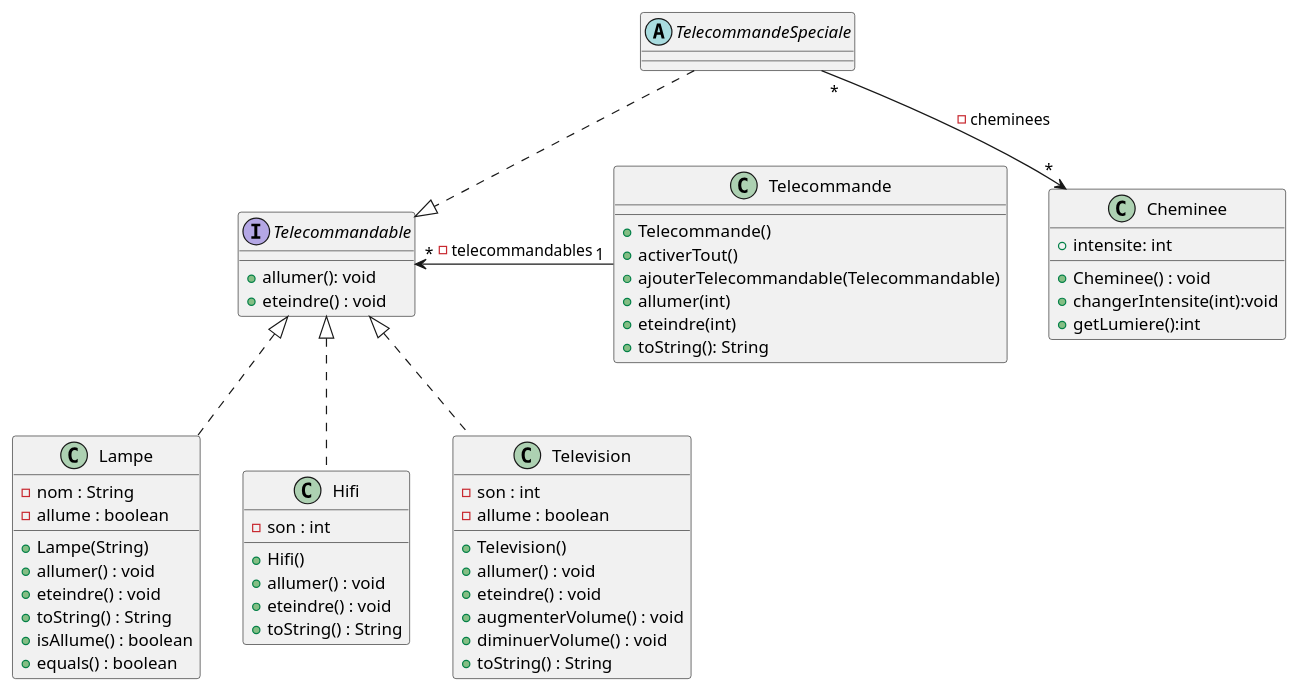
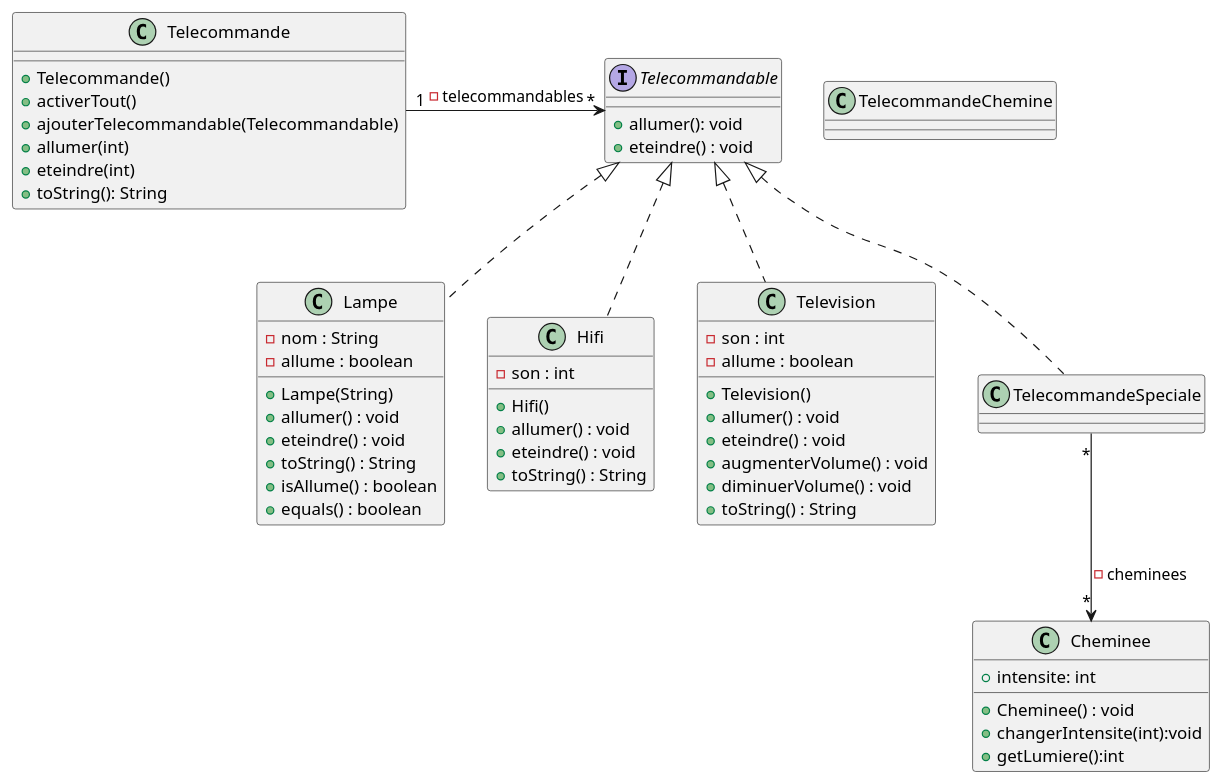
The diagram in domotique/TD8.puml (alannMonnier/2023_domotique_monnierb2u_segard6u), drawn with PlantUML before and after one commit. The commit also changed 2 other files, not shown here.

```diff
--- a/domotique/TD8.puml
+++ b/domotique/TD8.puml
@@ -1,67 +1,67 @@
 @startuml
 'https://plantuml.com/sequence-diagram
 
 class Lampe{
 -nom : String
 -allume : boolean
 +Lampe(String)
 +allumer() : void
 +eteindre() : void
 +toString() : String
 +isAllume() : boolean
 +equals() : boolean
 }
 
 class Telecommande{
 + Telecommande()
 + activerTout()
 + ajouterTelecommandable(Telecommandable)
 + allumer(int)
 + eteindre(int)
 + toString(): String
 }
 
 class Hifi{
 -son : int
 +Hifi()
 +allumer() : void
 +eteindre() : void
 +toString() : String
 }
 
 class Television{
 -son : int
 -allume : boolean
 +Television()
 +allumer() : void
 +eteindre() : void
 +augmenterVolume() : void
 +diminuerVolume() : void
 +toString() : String
 }
 
 Interface Telecommandable{
  + allumer(): void
  + eteindre() : void
 }
 
 
 class Cheminee{
     + intensite: int
     +Cheminee() : void
     + changerIntensite(int):void
     + getLumiere():int
 }
 
-Abstract class TelecommandeSpeciale{
+class TelecommandeChemine{
 
 }
 
 '''relations
 Telecommande "1" -> "*"Telecommandable: -telecommandables
 Hifi  .up.|> Telecommandable
 Television .up.|> Telecommandable
 Lampe .up.|> Telecommandable
-TelecommandeSpeciale ..|> Telecommandable
+TelecommandeSpeciale .up.|> Telecommandable
 TelecommandeSpeciale "*" --> "*" Cheminee : -cheminees
 @endum
```
